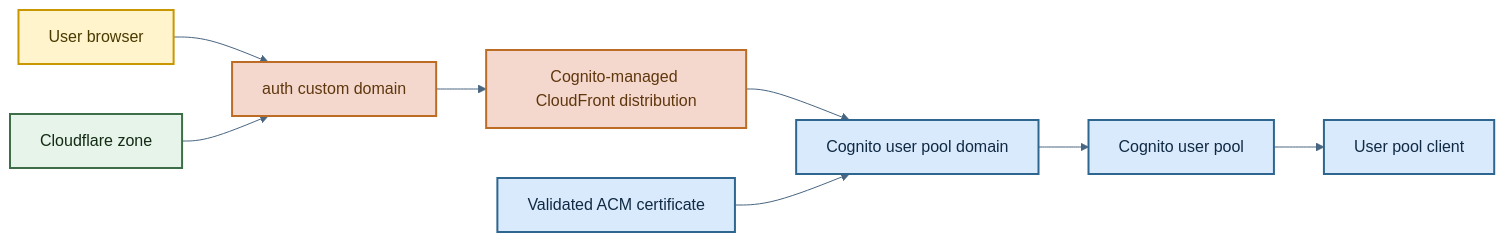
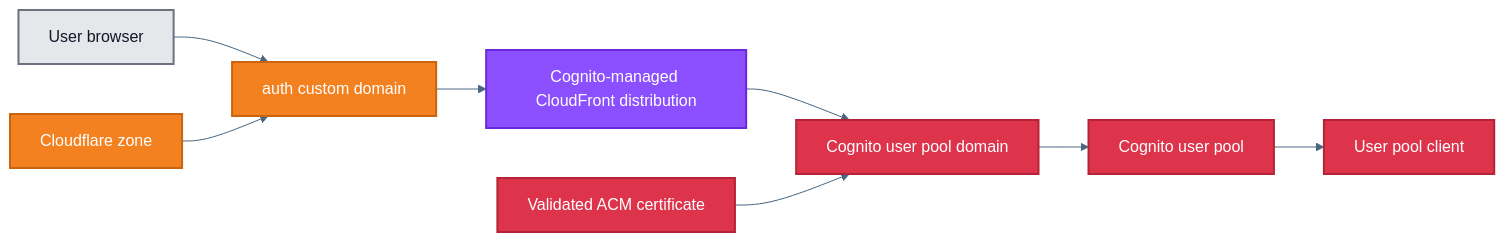
The first of 2 diagrams in infra/modules/cognito-auth/README.md (reiganarmstrong/check-split-mono), drawn with Mermaid before and after one commit. The commit also changed other lines of this file and 9 other files, not shown here.

First line of the commit message:
docs(readme): align architecture diagrams and hosting docs

````diff
--- a/infra/modules/cognito-auth/README.md
+++ b/infra/modules/cognito-auth/README.md
@@ -22,31 +22,33 @@
 ```mermaid
 ---
 config:
   theme: base
   themeVariables:
     primaryColor: "#D9EAFD"
     primaryTextColor: "#102A43"
     primaryBorderColor: "#2F6690"
     lineColor: "#486581"
     secondaryColor: "#E6F4EA"
     tertiaryColor: "#FFF4CC"
 ---
 flowchart LR
   U["User browser"] --> D["auth custom domain"]
   D --> CF["Cognito-managed CloudFront distribution"]
   CF --> C["Cognito user pool domain"]
   C --> P["Cognito user pool"]
   P --> CL["User pool client"]
   Z["Cloudflare zone"] --> D
   A["Validated ACM certificate"] --> C
 
-  classDef user fill:#FFF4CC,stroke:#C99700,color:#4A3A00,stroke-width:2px;
-  classDef edge fill:#F4D8CD,stroke:#BC6C25,color:#5F370E,stroke-width:2px;
-  classDef auth fill:#D9EAFD,stroke:#2F6690,color:#102A43,stroke-width:2px;
-  classDef dns fill:#E6F4EA,stroke:#3C6E47,color:#132A13,stroke-width:2px;
+  classDef user fill:#E5E7EB,stroke:#6B7280,color:#111827,stroke-width:2px;
+  classDef cloudflare fill:#F48120,stroke:#C96410,color:#FFFFFF,stroke-width:2px;
+  classDef cloudfront fill:#8C4FFF,stroke:#6D28D9,color:#FFFFFF,stroke-width:2px;
+  classDef cognito fill:#DD344C,stroke:#B42336,color:#FFFFFF,stroke-width:2px;
+  classDef acm fill:#DD344C,stroke:#B42336,color:#FFFFFF,stroke-width:2px;
 
   class U user;
-  class D,CF edge;
-  class C,P,CL,A auth;
-  class Z dns;
+  class D,Z cloudflare;
+  class CF cloudfront;
+  class C,P,CL cognito;
+  class A acm;
 ```
````
